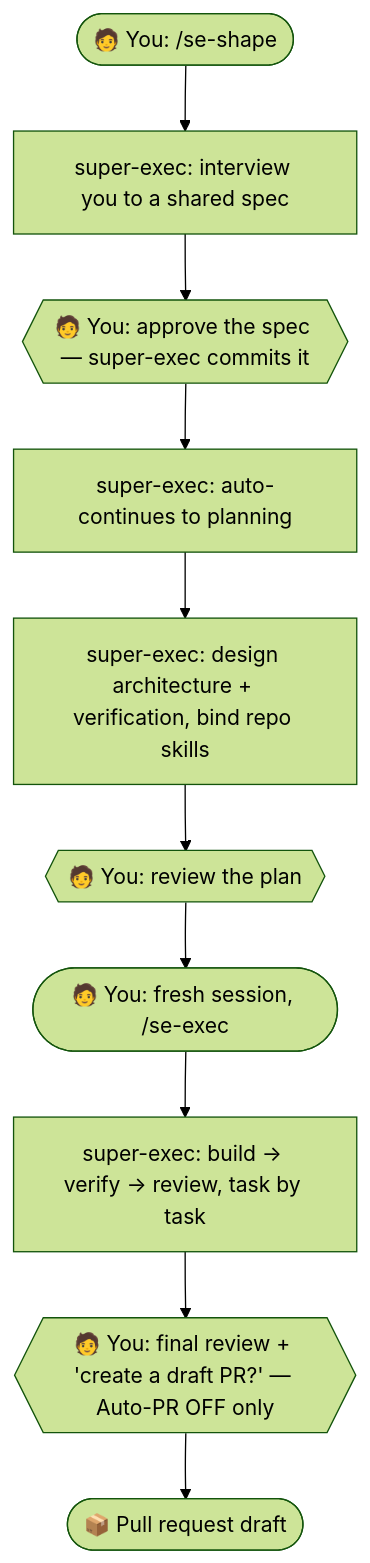
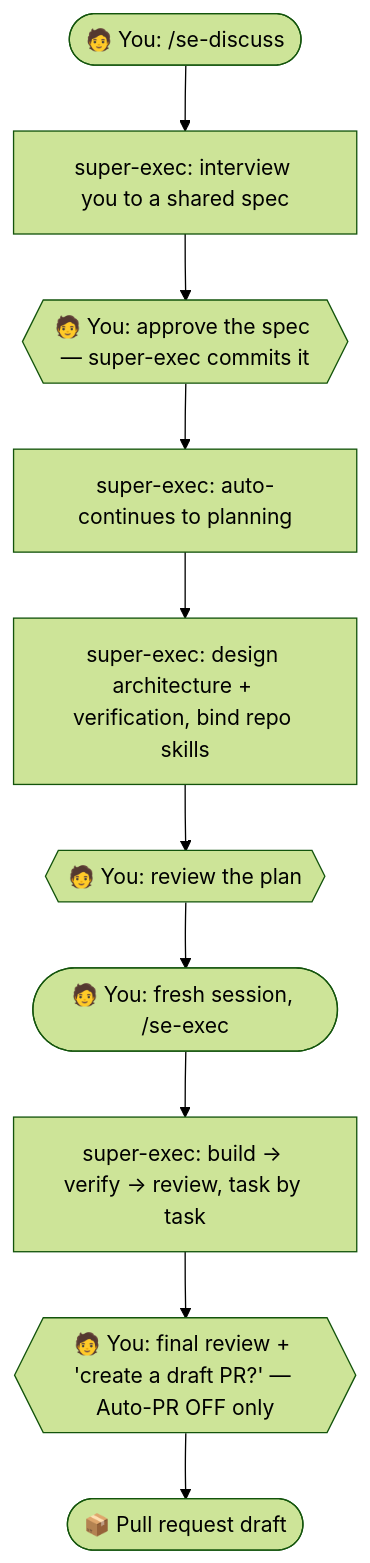
The diagram in README.md (mek-earnin/super-exec), drawn with Mermaid (forest theme) before and after one commit. The commit also changed other lines of this file and 13 other files, not shown here.

First line of the commit message:
refactor: rename se-shape skill to se-discuss

````diff
--- a/README.md
+++ b/README.md
@@ -47,12 +47,12 @@
 ```mermaid
 flowchart TD
-    A([🧑 You: /se-shape]) --> B[super-exec: interview you to a shared spec]
+    A([🧑 You: /se-discuss]) --> B[super-exec: interview you to a shared spec]
     B --> G1{{🧑 You: approve the spec — super-exec commits it}}
     G1 --> C[super-exec: auto-continues to planning]
     C --> D[super-exec: design architecture + verification, bind repo skills]
     D --> G2{{🧑 You: review the plan}}
     G2 --> E([🧑 You: fresh session, /se-exec])
     E --> F[super-exec: build → verify → review, task by task]
     F --> G3{{🧑 You: final review + 'create a draft PR?' — Auto-PR OFF only}}
     G3 --> H([📦 Pull request draft])
 ```
````
